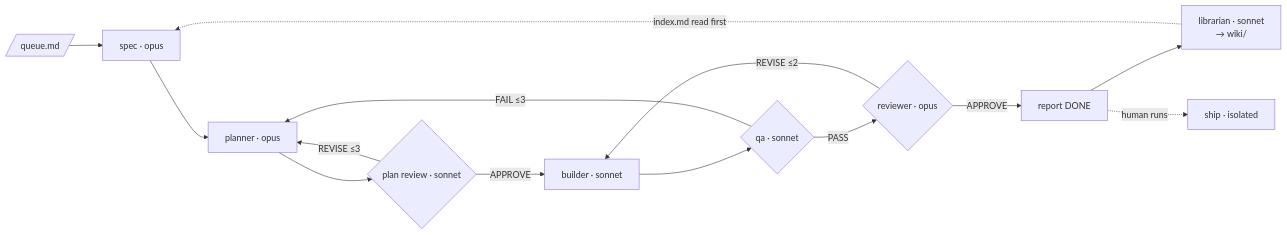
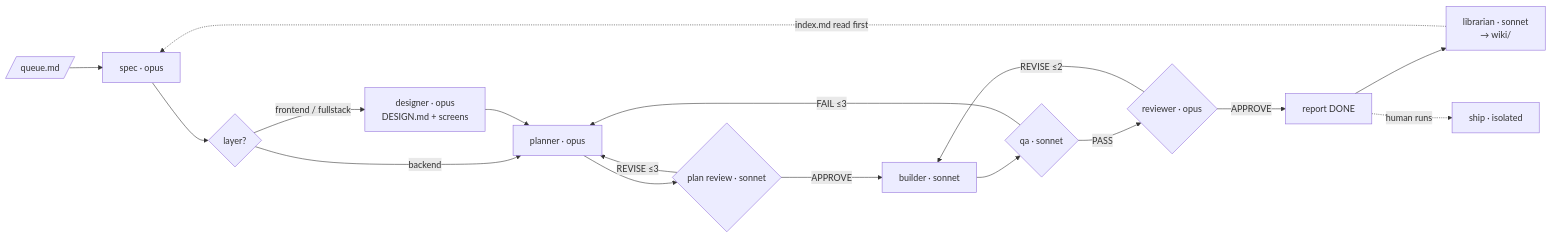
One commit to DDharma/vidhana changed the diagram in README.md. Above: the diagram before and after it, drawn with Mermaid. The commit also changed other lines of this file and 24 other files, not shown here.

First line of the commit message:
feat | designer step for frontend/fullstack items

````diff
--- a/README.md
+++ b/README.md
@@ -47,12 +47,15 @@
 ```mermaid
 flowchart LR
-    Q[/queue.md/] --> S[spec · opus] --> P[planner · opus] --> PR{plan review · sonnet}
+    Q[/queue.md/] --> S[spec · opus] --> LY{layer?}
+    LY -->|backend| P[planner · opus]
+    LY -->|frontend / fullstack| DS[designer · opus<br/>DESIGN.md + screens] --> P
+    P --> PR{plan review · sonnet}
     PR -->|REVISE ≤3| P
     PR -->|APPROVE| B[builder · sonnet] --> QA{qa · sonnet}
     QA -->|FAIL ≤3| P
     QA -->|PASS| R{reviewer · opus}
     R -->|REVISE ≤2| B
     R -->|APPROVE| D[report DONE] --> L[librarian · sonnet<br/>→ wiki/]
     L -.->|index.md read first| S
     D -. human runs .-> SH[ship · isolated]
 ```
````
